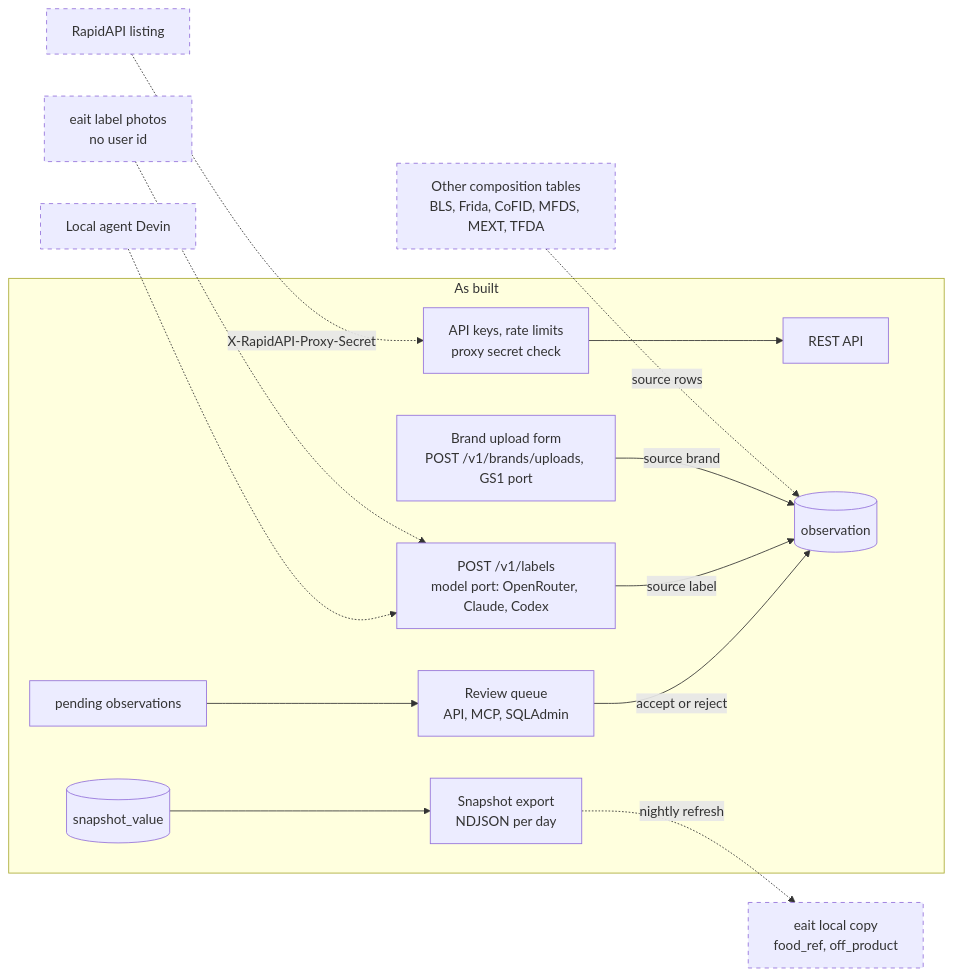
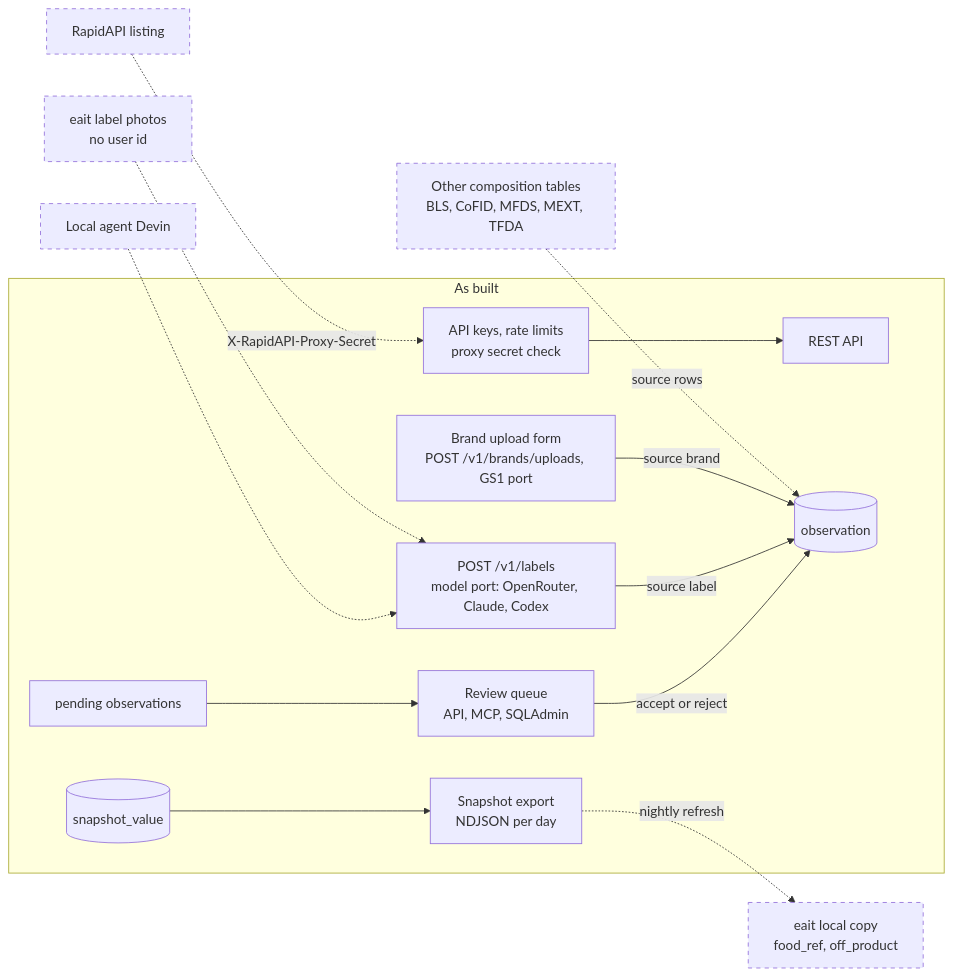
One commit to eait-fit/fooddb changed diagram 19 of 19 in docs/architecture.md. Above: the diagram before and after it, drawn with Mermaid. The commit also changed other lines of this file and 5 other files, not shown here.

First line of the commit message:
docs: Frida in the README, architecture, design, licence and deploy docs

````diff
--- a/docs/architecture.md
+++ b/docs/architecture.md
@@ -1400,32 +1409,32 @@
 ```mermaid
 flowchart LR
     subgraph built["As built"]
         api["REST API"]
         auth["API keys, rate limits<br/>proxy secret check"]
         obs[("observation")]
         pend["pending observations"]
         review["Review queue<br/>API, MCP, SQLAdmin"]
         snap[("snapshot_value")]
         exp["Snapshot export<br/>NDJSON per day"]
         labels["POST /v1/labels<br/>model port: OpenRouter, Claude, Codex"]
         brand["Brand upload form<br/>POST /v1/brands/uploads, GS1 port"]
     end
-    tables["Other composition tables<br/>BLS, Frida, CoFID, MFDS, MEXT, TFDA"]
+    tables["Other composition tables<br/>BLS, CoFID, MFDS, MEXT, TFDA"]
     eaitp["eait label photos<br/>no user id"]
     devin["Local agent Devin"]
     listing["RapidAPI listing"]
     eaitc["eait local copy<br/>food_ref, off_product"]
     tables -.->|"source rows"| obs
     brand -->|"source brand"| obs
     eaitp -.-> labels
     devin -.-> labels
     labels -->|"source label"| obs
     pend --> review
     review -->|"accept or reject"| obs
     listing -.->|"X-RapidAPI-Proxy-Secret"| auth
     auth --> api
     snap --> exp
     exp -.->|"nightly refresh"| eaitc
     classDef planned stroke-dasharray: 5 5
     class tables,eaitp,devin,listing,eaitc planned
 ```
````
